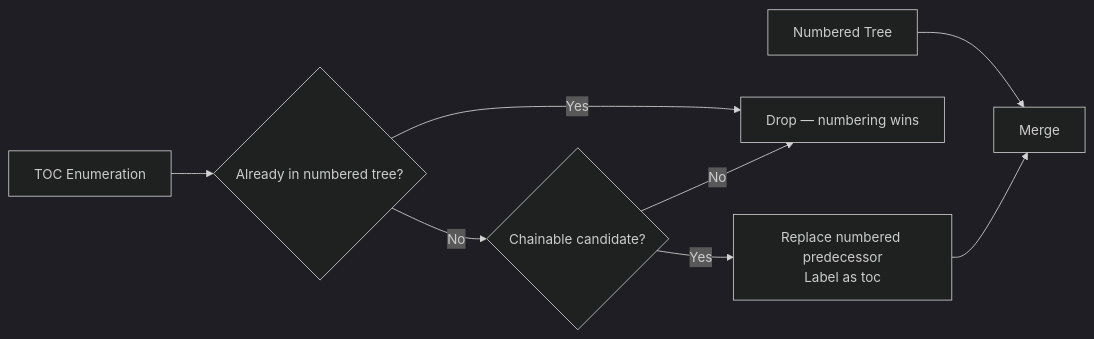
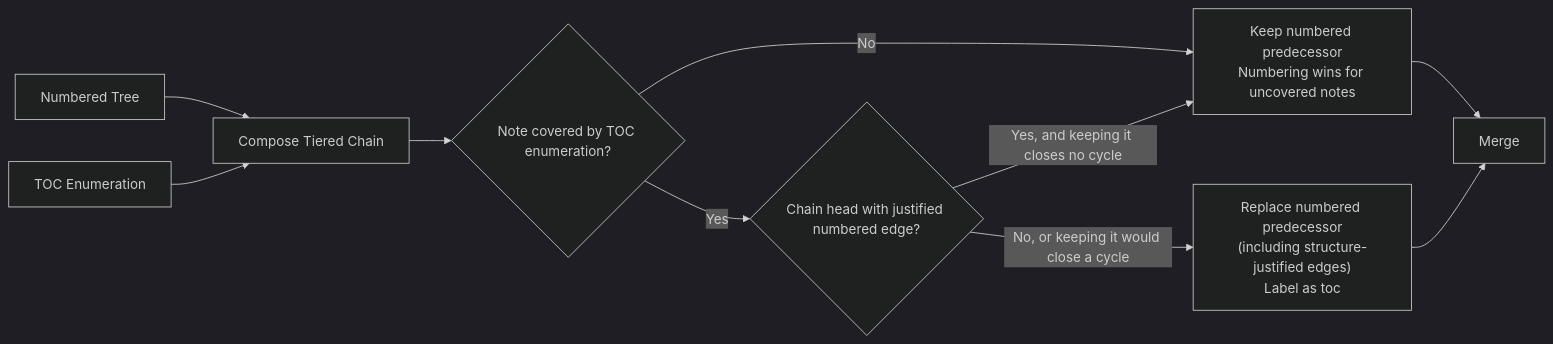
One commit to Kuldeep2822k/palee-architecture changed the seventh of 11 diagrams in Architecture Decision Records/Learning and Pedagogy Decisions.md. Above: the diagram before and after it, drawn with Mermaid (dark theme). The commit also changed other lines of this file and 8 other files, not shown here.

Commit message:
docs(adr): fix lifecycle statuses, stale-temp order and planning diagrams

````diff
--- a/Architecture Decision Records/Learning and Pedagogy Decisions.md
+++ b/Architecture Decision Records/Learning and Pedagogy Decisions.md
@@ -217,10 +216,12 @@
 ```mermaid
 flowchart LR
-    Numbered["Numbered Tree"] --> Merge["Merge"]
-    TOC["TOC Enumeration"] --> Filter{"Already in numbered tree?"}
-    Filter -->|Yes| Drop["Drop — numbering wins"]
-    Filter -->|No| Chainable{"Chainable candidate?"}
-    Chainable -->|No| Drop
-    Chainable -->|Yes| Replace["Replace numbered predecessor<br/>Label as toc"]
+    Numbered["Numbered Tree"] --> Compose["Compose Tiered Chain"]
+    TOC["TOC Enumeration"] --> Compose
+    Compose --> Covered{"Note covered by TOC enumeration?"}
+    Covered -->|No| KeepNumbered["Keep numbered predecessor<br/>Numbering wins for uncovered notes"]
+    Covered -->|Yes| Head{"Chain head with justified numbered edge?"}
+    Head -->|Yes, and keeping it closes no cycle| KeepNumbered
+    Head -->|No, or keeping it would close a cycle| Replace["Replace numbered predecessor<br/>(including structure-justified edges)<br/>Label as toc"]
+    KeepNumbered --> Merge["Merge"]
     Replace --> Merge
 ```
````
